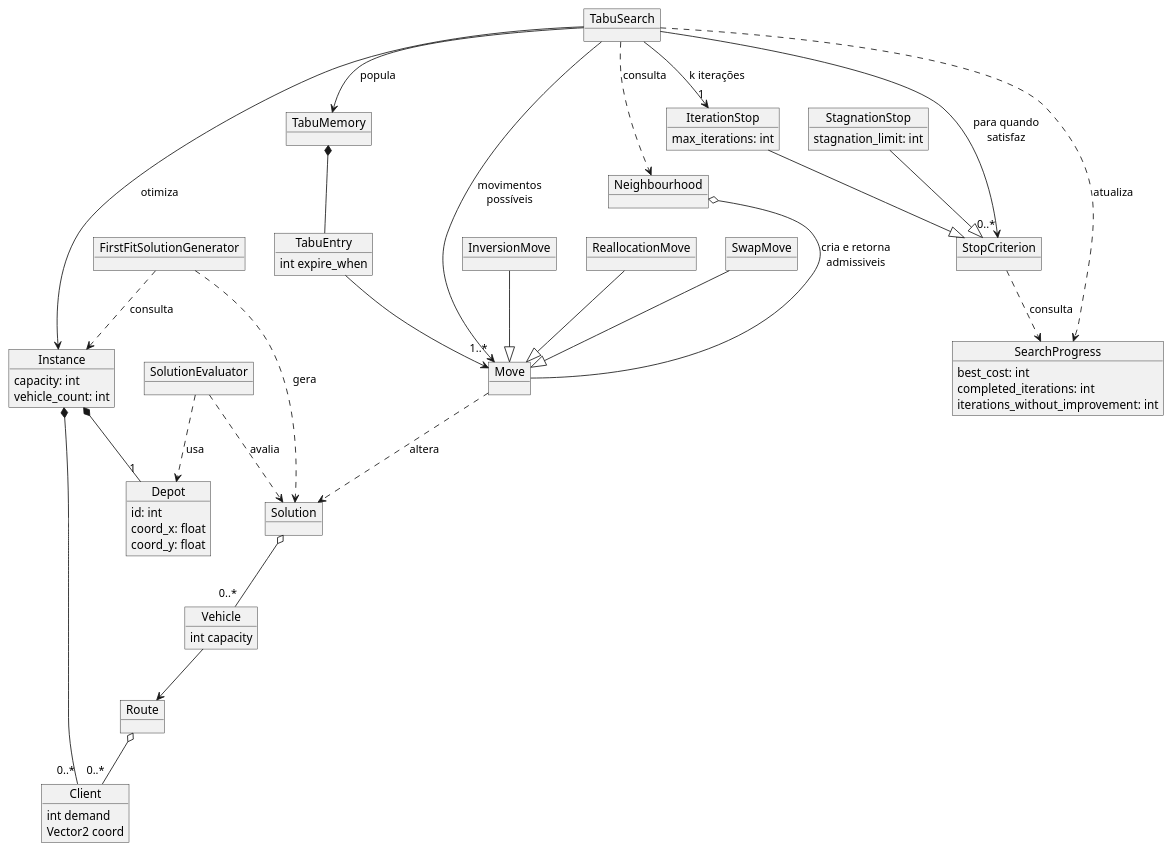
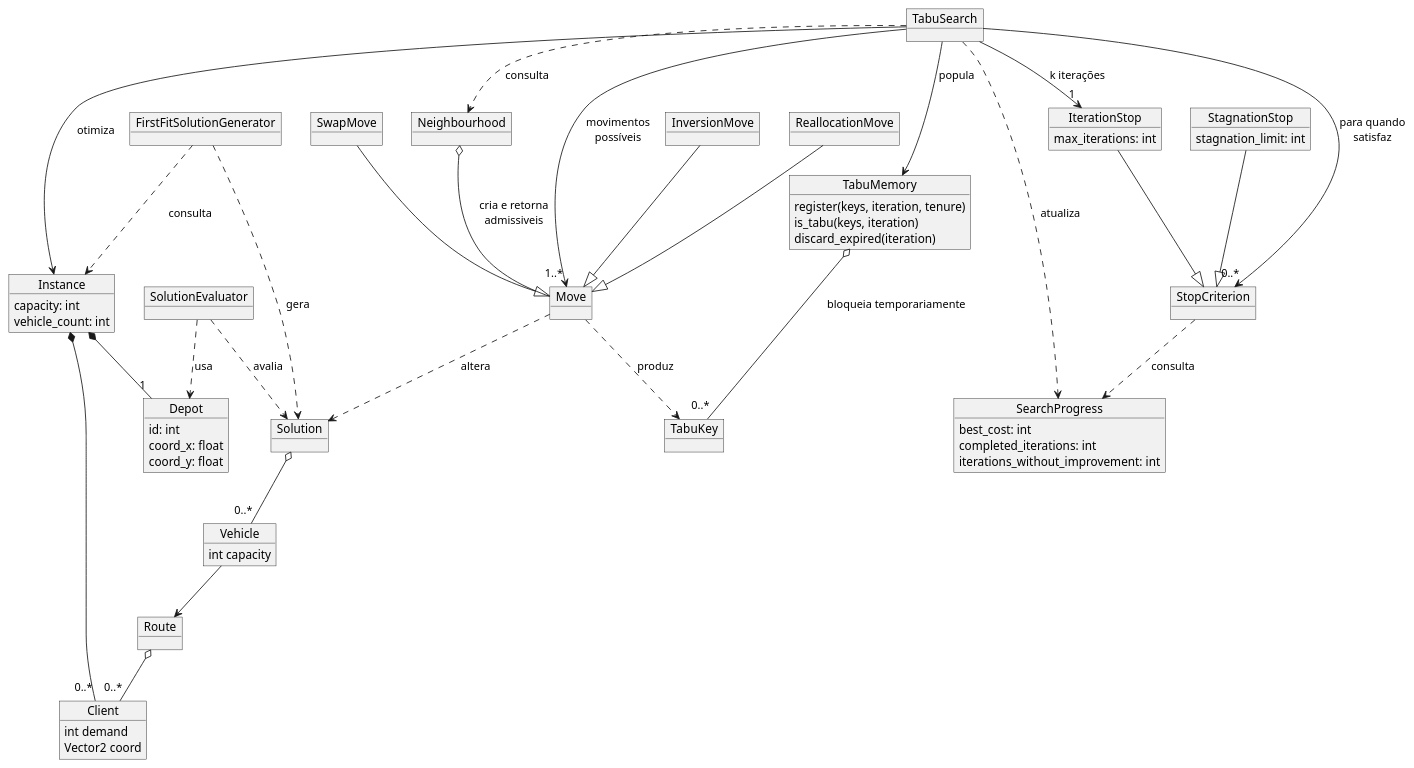
Before and after one commit to FelipePassarela/cvrp-tabu-search: the diagram in docs/domain-model.puml, drawn with PlantUML. The commit also changed 8 other files, not shown here.

First line of the commit message:
✨ feat(search): add tabu memory

```diff
--- a/docs/domain-model.puml
+++ b/docs/domain-model.puml
@@ -1,83 +1,85 @@
 @startuml
 
 object "TabuSearch" as tabu
 object "Instance" as inst {
     capacity: int
     vehicle_count: int
 }
 
 object "Move" as move
 object "InversionMove" as invmo
 object "ReallocationMove" as remo
 object "SwapMove" as smove
 object "Neighbourhood" as neigh
 
-object "TabuMemory" as tlist
-object "TabuEntry" as tentry {
-    int expire_when
+object "TabuMemory" as tlist {
+    register(keys, iteration, tenure)
+    is_tabu(keys, iteration)
+    discard_expired(iteration)
 }
+object "TabuKey" as tkey
 
 object "StopCriterion" as stop
 object "IterationStop" as istop {
     max_iterations: int
 }
 object "StagnationStop" as stagstop {
     stagnation_limit: int
 }
 object "SearchProgress" as progress {
     best_cost: int
     completed_iterations: int
     iterations_without_improvement: int
 }
 
 object "Client" as client {
     int demand
     Vector2 coord
 }
 object "Depot" as depot {
     id: int
     coord_x: float
     coord_y: float
 }
 object "Route" as rote
 object "Vehicle" as vehi {
     int capacity
 }
 
 object "Solution" as sol
 object "FirstFitSolutionGenerator" as solgen
 object "SolutionEvaluator" as eval
 
 inst *-- "0..*" client
 inst *-- "1" depot
 tabu --> inst : otimiza
 
 smove --|> move
 remo --|> move
 invmo --|> move
 move ..> sol : altera
 neigh o-- move : cria e retorna\nadmissiveis
 tabu --> "1..*" move : movimentos\npossíveis
 tabu ..> neigh : consulta
 
 istop --|> stop
 stagstop --|> stop
 stop ..> progress : consulta
 tabu ..> progress : atualiza
 tabu --> "0..*" stop : para quando\nsatisfaz
 tabu --> "1" istop : k iterações
 
 rote o-- "0..*" client
 vehi --> rote
 
 sol o-- "0..*" vehi
 solgen ..> sol : gera
 solgen ..> inst : consulta
 eval ..> sol : avalia
 eval ..> depot : usa
 
-tentry --> move
-tlist *-- tentry
+move ..> tkey : produz
+tlist o-- "0..*" tkey : bloqueia temporariamente
 tabu --> tlist : popula
 
 @enduml
```
